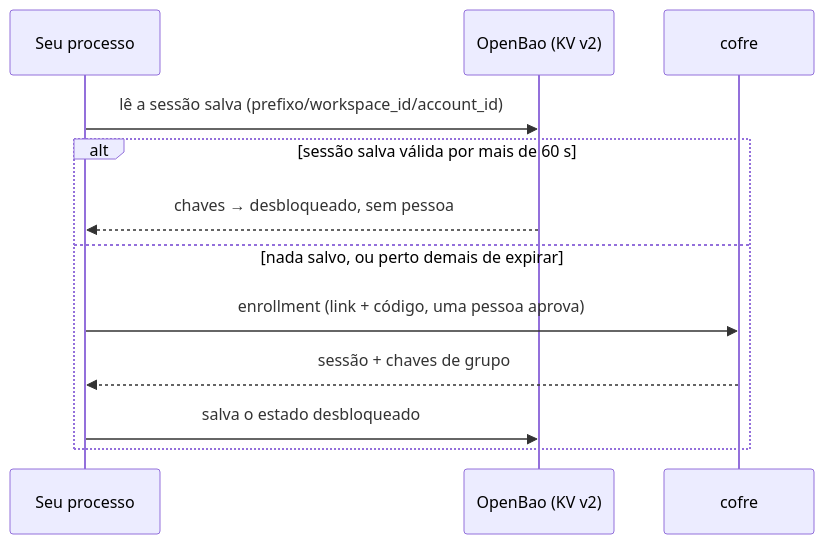
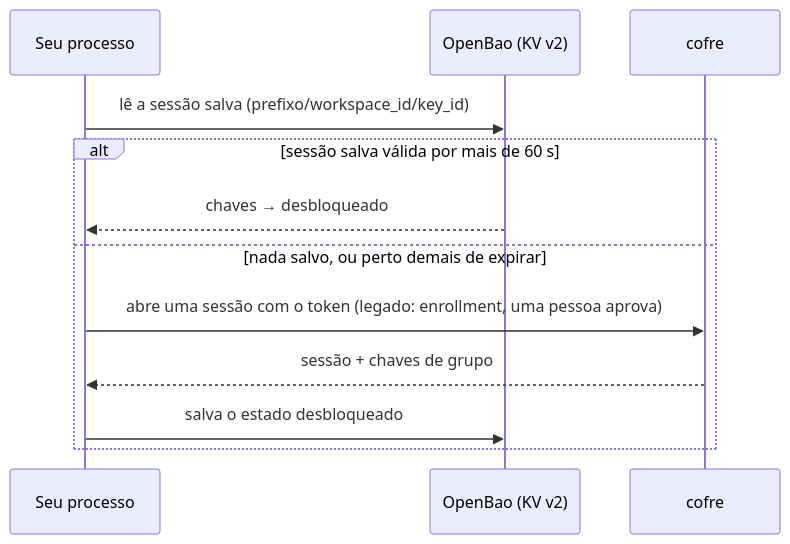
The second of 2 diagrams in docs/guides/sessions.pt-BR.md (diagnos-tech/integration), drawn with Mermaid before and after one commit. The commit also changed other lines of this file and 47 other files, not shown here.

````diff
--- a/docs/guides/sessions.pt-BR.md
+++ b/docs/guides/sessions.pt-BR.md
@@ -90,14 +95,14 @@
 ```mermaid
 sequenceDiagram
     participant P as Seu processo
     participant B as OpenBao (KV v2)
     participant V as cofre
-    P->>B: lê a sessão salva (prefixo/workspace_id/account_id)
+    P->>B: lê a sessão salva (prefixo/workspace_id/key_id)
     alt sessão salva válida por mais de 60 s
-        B-->>P: chaves → desbloqueado, sem pessoa
+        B-->>P: chaves → desbloqueado
     else nada salvo, ou perto demais de expirar
-        P->>V: enrollment (link + código, uma pessoa aprova)
+        P->>V: abre uma sessão com o token (legado: enrollment, uma pessoa aprova)
         V-->>P: sessão + chaves de grupo
         P->>B: salva o estado desbloqueado
     end
 ```
````
